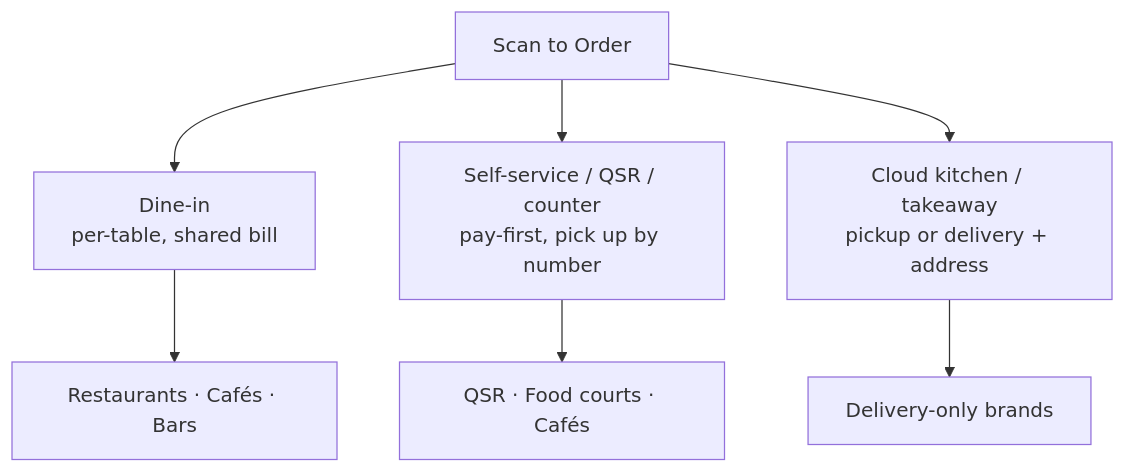
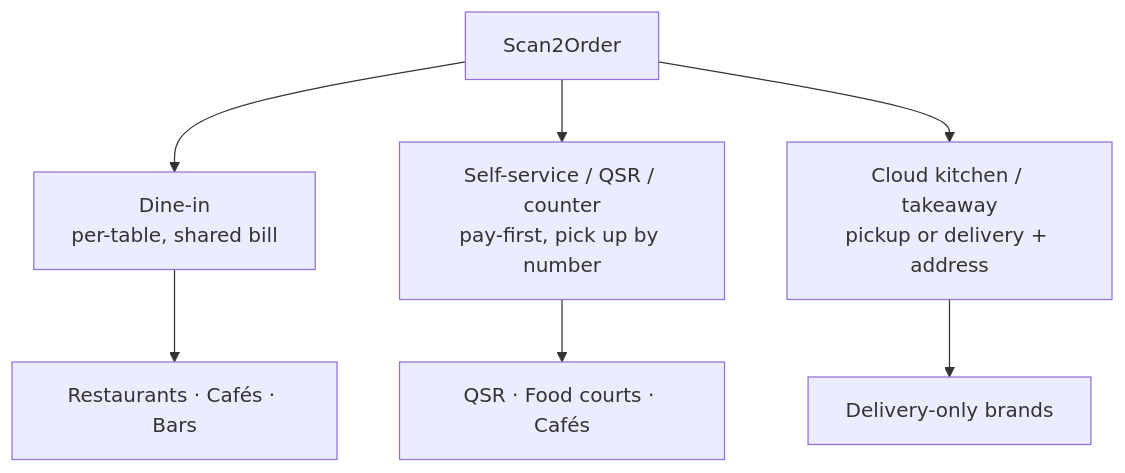
One commit to MadhuS-1605/scan2order changed the third of 8 diagrams in docs/flows.md. Above: the diagram before and after it, drawn with Mermaid. The commit also changed other lines of this file and 39 other files, not shown here.

````diff
--- a/docs/flows.md
+++ b/docs/flows.md
@@ -45,9 +45,9 @@
 ```mermaid
 flowchart TD
-    Q[Scan to Order] --> R[Dine-in<br/>per-table, shared bill]
+    Q[Scan2Order] --> R[Dine-in<br/>per-table, shared bill]
     Q --> S[Self-service / QSR / counter<br/>pay-first, pick up by number]
     Q --> T[Cloud kitchen / takeaway<br/>pickup or delivery + address]
     R --> U[Restaurants · Cafés · Bars]
     S --> V[QSR · Food courts · Cafés]
     T --> W[Delivery-only brands]
 ```
````
